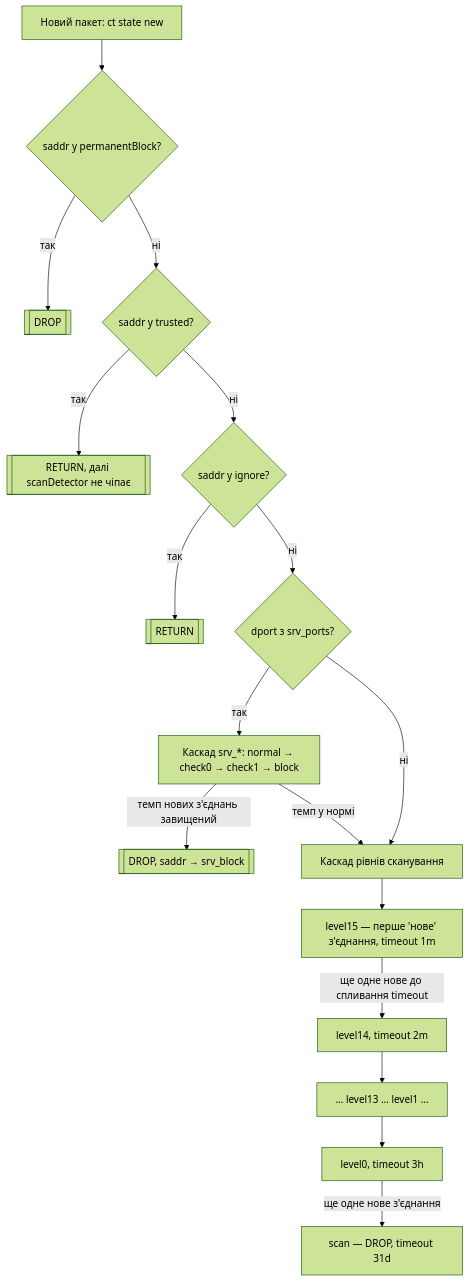
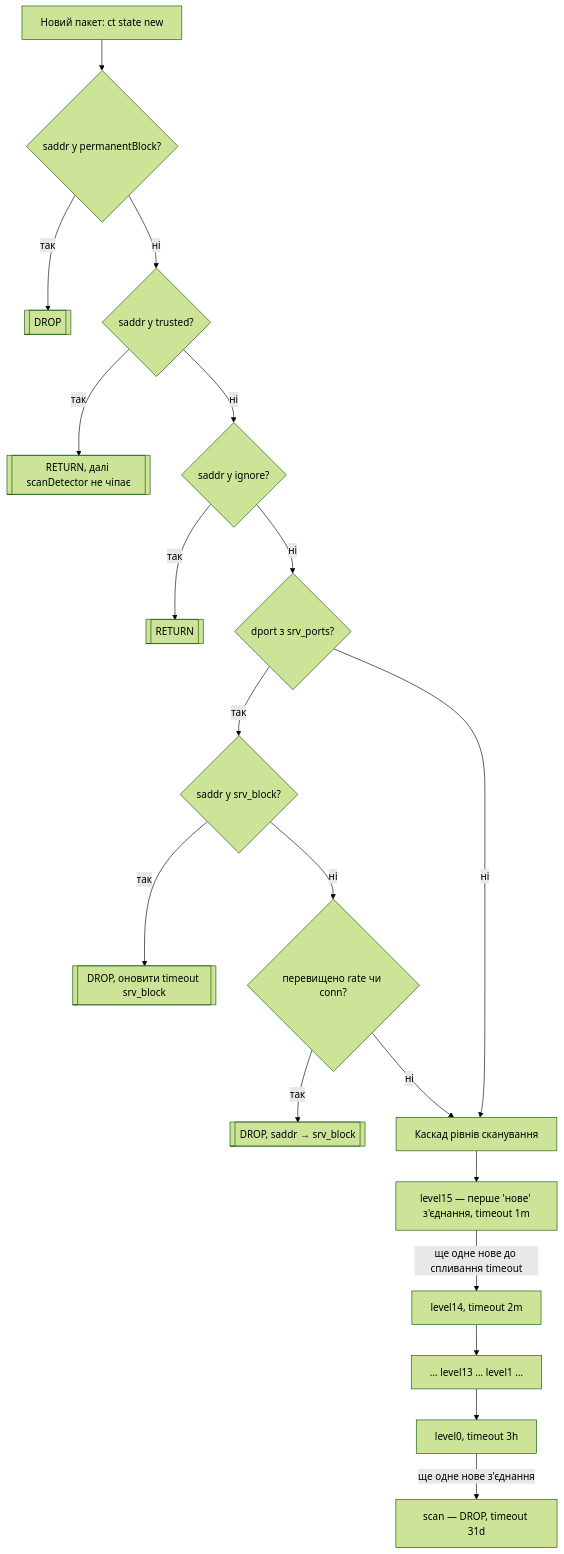
One commit to oldengremlin/scan-detector changed the first of 2 diagrams in README.md. Above: the diagram before and after it, drawn with Mermaid (forest theme). The commit also changed other lines of this file and 3 other files, not shown here.

````diff
--- a/README.md
+++ b/README.md
@@ -160,21 +160,23 @@
 ```mermaid
 flowchart TD
     A[Новий пакет: ct state new] --> B{saddr у permanentBlock?}
     B -- так --> D1[[DROP]]
     B -- ні --> C{saddr у trusted?}
     C -- так --> R1[[RETURN, далі scanDetector не чіпає]]
     C -- ні --> E{saddr у ignore?}
     E -- так --> R2[[RETURN]]
     E -- ні --> F{dport з srv_ports?}
 
-    F -- так --> G[Каскад srv_*: normal → check0 → check1 → block]
-    G -->|темп нових з'єднань завищений| D2[[DROP, saddr → srv_block]]
-    G -->|темп у нормі| H
+    F -- так --> G{saddr у srv_block?}
+    G -- так --> D2[[DROP, оновити timeout srv_block]]
+    G -- ні --> G2{перевищено rate чи conn?}
+    G2 -- так --> D3[[DROP, saddr → srv_block]]
+    G2 -- ні --> H
 
     F -- ні --> H[Каскад рівнів сканування]
     H --> L15["level15 — перше 'нове' з'єднання, timeout 1m"]
     L15 -->|ще одне нове до спливання timeout| L14["level14, timeout 2m"]
     L14 --> LDOTS["… level13 … level1 …"]
     LDOTS --> L0["level0, timeout 3h"]
     L0 -->|ще одне нове з'єднання| SCAN["scan — DROP, timeout 31d"]
 ```
````
